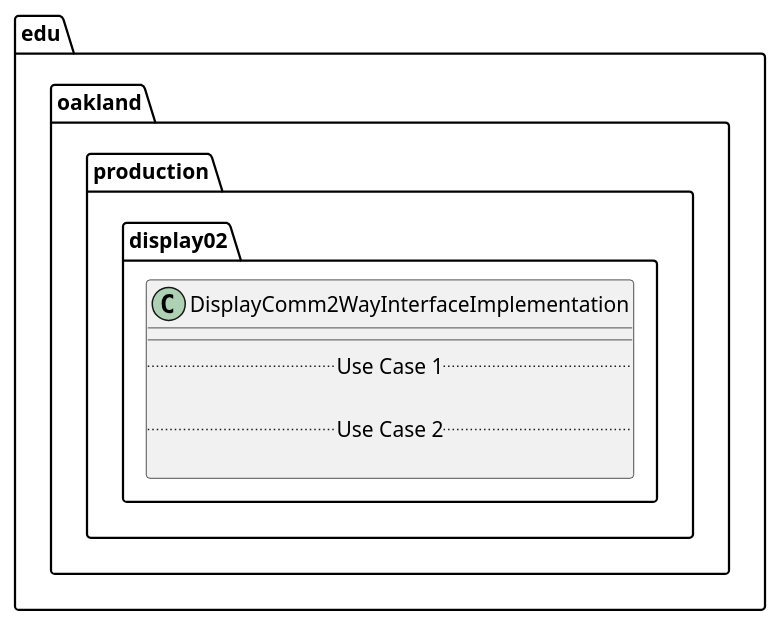
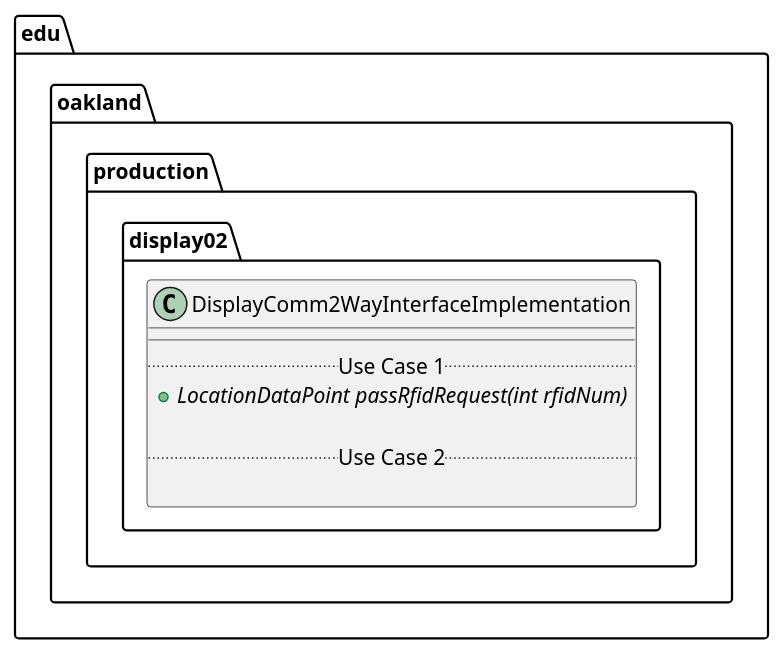
Before and after one commit to elilley15/csi-3370-software-project: the diagram in docs/uml-class-diagrams/display02/production/DisplayComm2WayInterfaceImplementation/DisplayComm2WayInterfaceImplementation.puml, drawn with PlantUML. The commit also changed 3 other files, not shown here.

First line of the commit message:
[Display_02] Display2 class uml diagram (#8)

```diff
--- a/docs/uml-class-diagrams/display02/production/DisplayComm2WayInterfaceImplementation/DisplayComm2WayInterfaceImplementation.puml
+++ b/docs/uml-class-diagrams/display02/production/DisplayComm2WayInterfaceImplementation/DisplayComm2WayInterfaceImplementation.puml
@@ -1,13 +1,14 @@
 @startuml DisplayComm2WayInterfaceImplementation
 
 package edu.oakland.production.display02 {
     class DisplayComm2WayInterfaceImplementation {
         __
         .. Use Case 1 ..
+        {abstract} + LocationDataPoint passRfidRequest(int rfidNum)
 
         .. Use Case 2 ..
 
     }
 }
 
 @enduml
```
